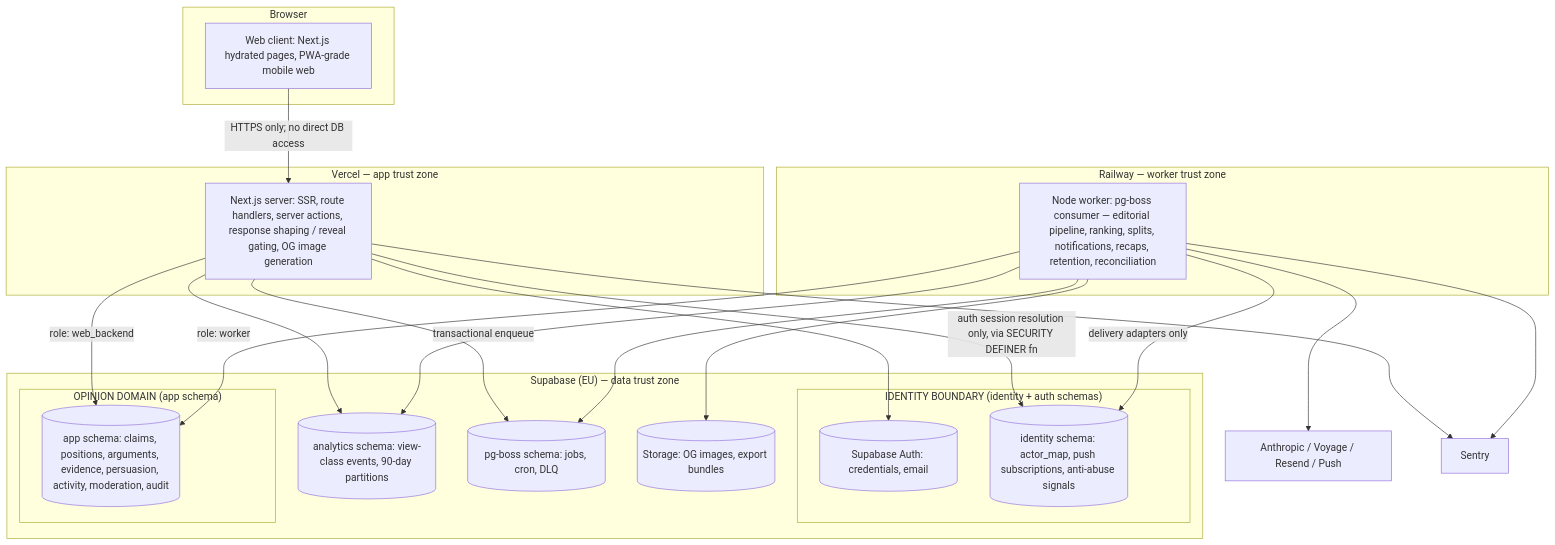
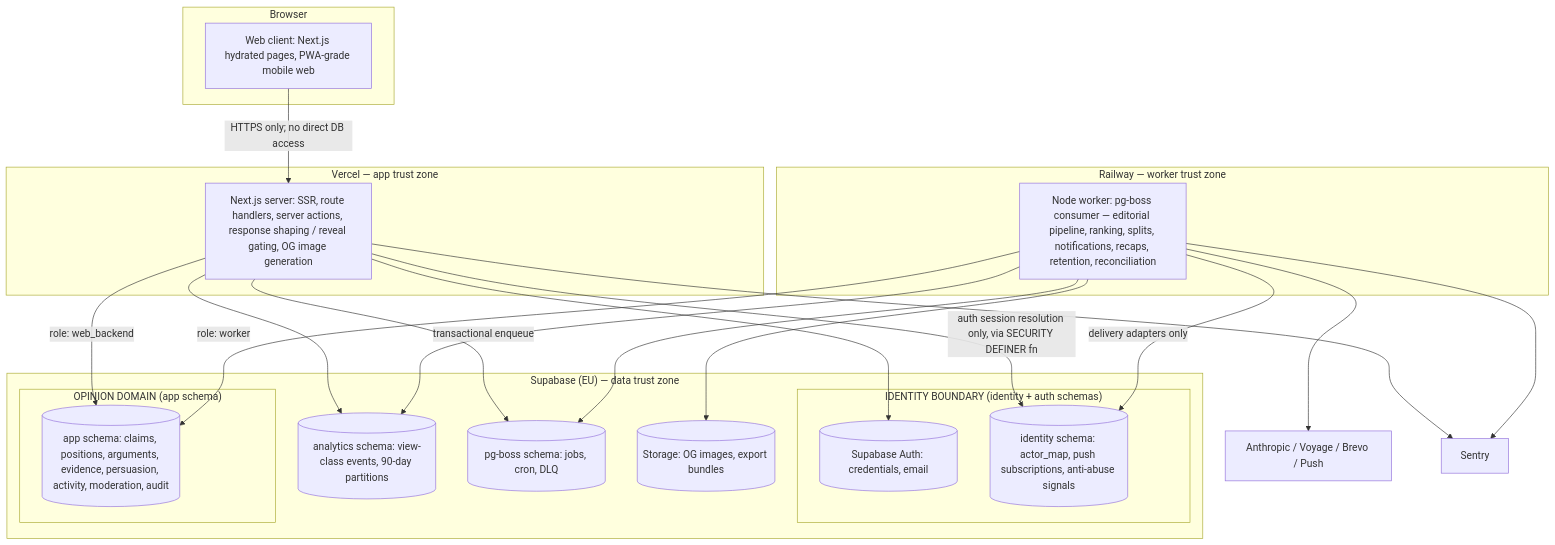
The second of 2 diagrams in TECHNICAL_ARCHITECTURE.md (imperator080599/Agora), drawn with Mermaid before and after one commit. The commit also changed other lines of this file and 2 other files, not shown here.

First line of the commit message:
Apply ratification amendments: Brevo email (EU) and AI budget controls

````diff
--- a/TECHNICAL_ARCHITECTURE.md
+++ b/TECHNICAL_ARCHITECTURE.md
@@ -81,38 +81,38 @@
 ```mermaid
 graph TB
     subgraph "Browser"
         WEB[Web client: Next.js hydrated pages, PWA-grade mobile web]
     end
     subgraph "Vercel — app trust zone"
         APP[Next.js server: SSR, route handlers, server actions, response shaping / reveal gating, OG image generation]
     end
     subgraph "Railway — worker trust zone"
         WORKER[Node worker: pg-boss consumer — editorial pipeline, ranking, splits, notifications, recaps, retention, reconciliation]
     end
     subgraph "Supabase (EU) — data trust zone"
         subgraph "IDENTITY BOUNDARY (identity + auth schemas)"
             AUTH[(Supabase Auth: credentials, email)]
             IDN[(identity schema: actor_map, push subscriptions, anti-abuse signals)]
         end
         subgraph "OPINION DOMAIN (app schema)"
             APPDB[(app schema: claims, positions, arguments, evidence, persuasion, activity, moderation, audit)]
         end
         ANLDB[(analytics schema: view-class events, 90-day partitions)]
         QUEUE[(pg-boss schema: jobs, cron, DLQ)]
         STORE[(Storage: OG images, export bundles)]
     end
     WEB -->|HTTPS only; no direct DB access| APP
     APP -->|role: web_backend| APPDB
     APP -->|auth session resolution only, via SECURITY DEFINER fn| IDN
     APP --> AUTH
     APP --> ANLDB
     APP -->|transactional enqueue| QUEUE
     WORKER -->|role: worker| APPDB
     WORKER --> QUEUE
     WORKER --> ANLDB
     WORKER -->|delivery adapters only| IDN
     WORKER --> STORE
-    WORKER --> EXT1[Anthropic / Voyage / Resend / Push]
+    WORKER --> EXT1[Anthropic / Voyage / Brevo / Push]
     APP --> SENTRY2[Sentry]
     WORKER --> SENTRY2
 ```
````
